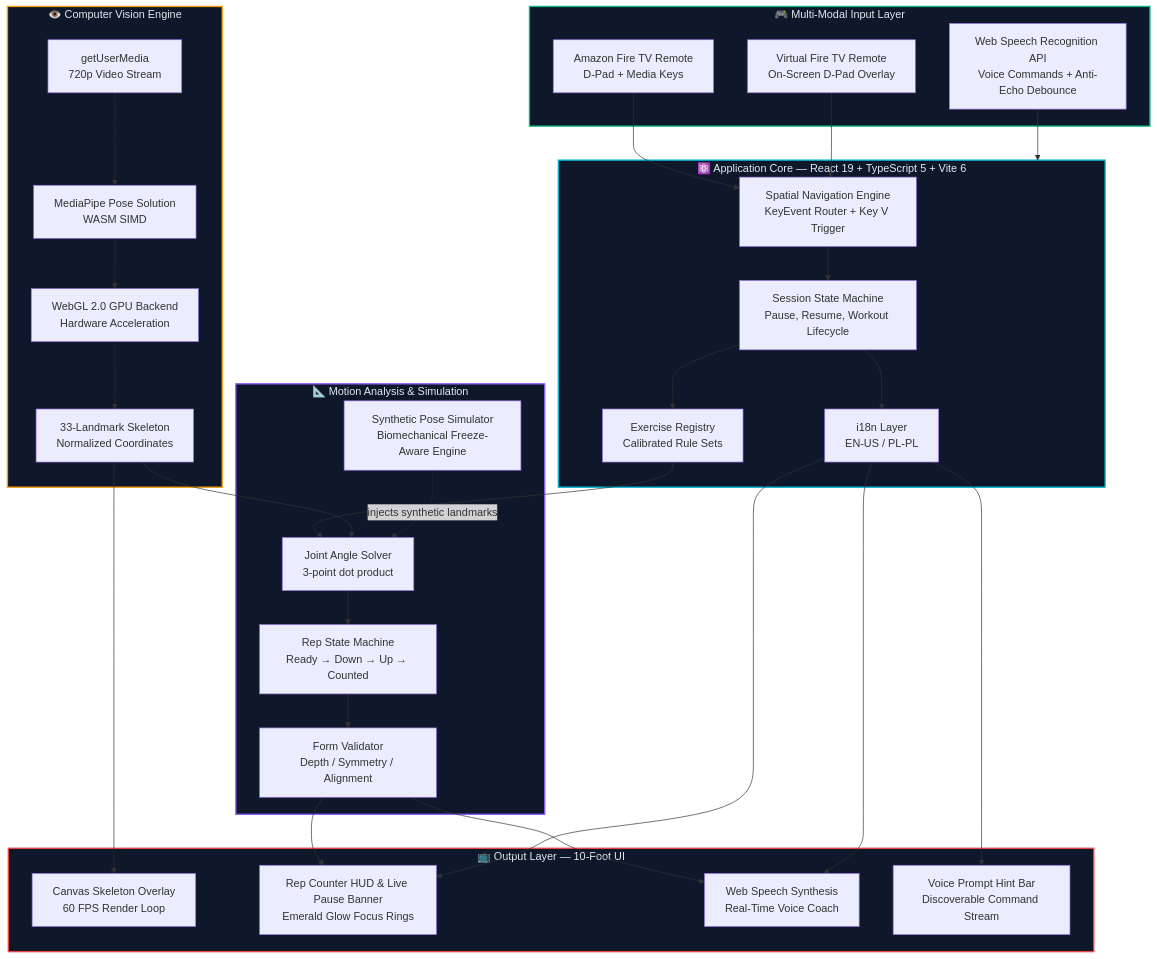
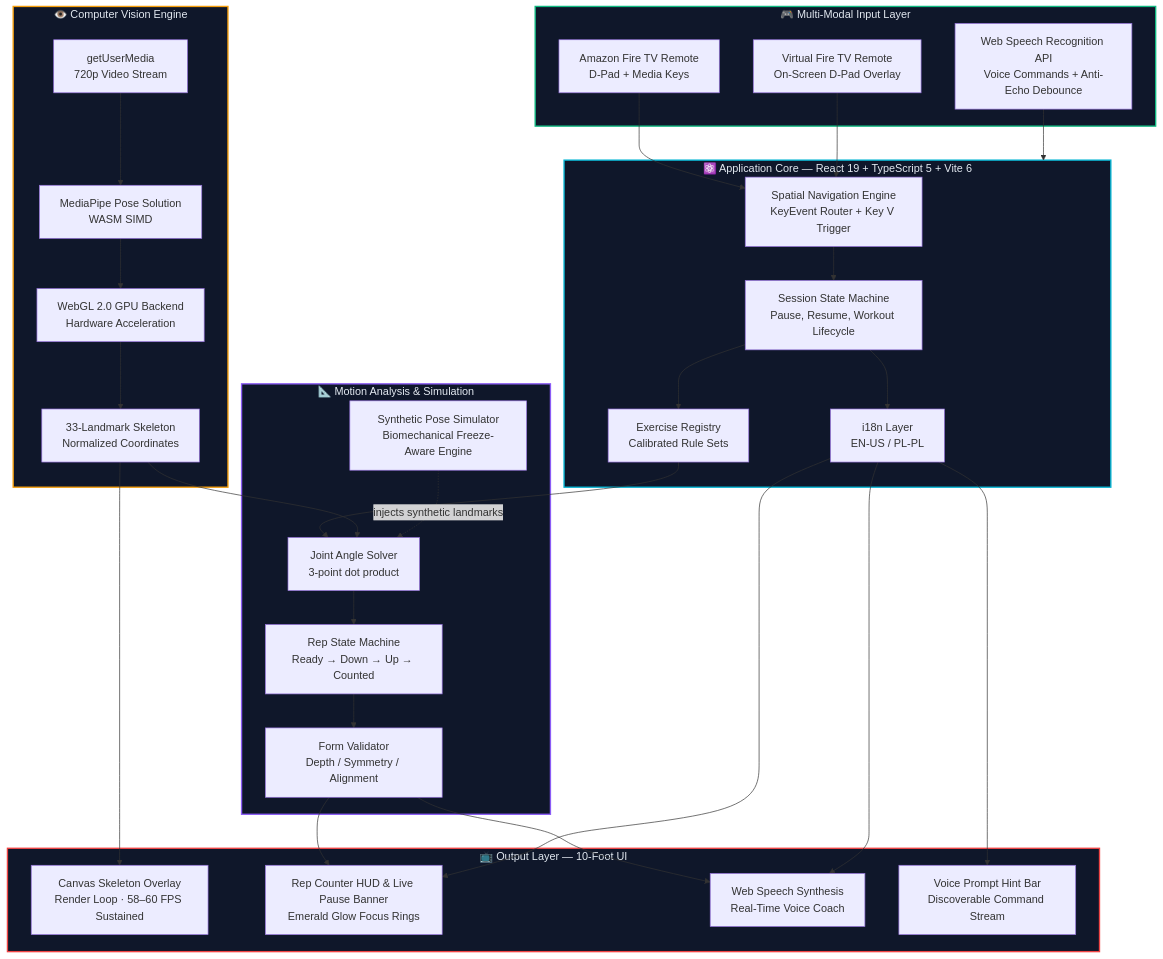
One commit to AdamBabinicz/pulsemotion-firetv changed the first of 4 diagrams in README.md. Above: the diagram before and after it, drawn with Mermaid. The commit also changed other lines of this file and 7 other files, not shown here.

````diff
--- a/README.md
+++ b/README.md
@@ -172,59 +176,59 @@
 ```mermaid
 flowchart TD
     subgraph INPUT["🎮 Multi-Modal Input Layer"]
         A1["Amazon Fire TV Remote<br/>D-Pad + Media Keys"]
         A2["Web Speech Recognition API<br/>Voice Commands + Anti-Echo Debounce"]
         A3["Virtual Fire TV Remote<br/>On-Screen D-Pad Overlay"]
     end
 
     subgraph CORE["⚛️ Application Core — React 19 + TypeScript 5 + Vite 6"]
         B1["Spatial Navigation Engine<br/>KeyEvent Router + Key V Trigger"]
         B2["Session State Machine<br/>Pause, Resume, Workout Lifecycle"]
         B3["i18n Layer<br/>EN-US / PL-PL"]
         B4["Exercise Registry<br/>Calibrated Rule Sets"]
     end
 
     subgraph VISION["👁️ Computer Vision Engine"]
         C1["getUserMedia<br/>720p Video Stream"]
         C2["MediaPipe Pose Solution<br/>WASM SIMD"]
         C3["WebGL 2.0 GPU Backend<br/>Hardware Acceleration"]
         C4["33-Landmark Skeleton<br/>Normalized Coordinates"]
     end
 
     subgraph RULES["📐 Motion Analysis & Simulation"]
         D1["Joint Angle Solver<br/>3-point dot product"]
         D2["Rep State Machine<br/>Ready → Down → Up → Counted"]
         D3["Form Validator<br/>Depth / Symmetry / Alignment"]
         D4["Synthetic Pose Simulator<br/>Biomechanical Freeze-Aware Engine"]
     end
 
     subgraph OUTPUT["📺 Output Layer — 10-Foot UI"]
-        E1["Canvas Skeleton Overlay<br/>60 FPS Render Loop"]
+        E1["Canvas Skeleton Overlay<br/>Render Loop · 58–60 FPS Sustained"]
         E2["Rep Counter HUD & Live Pause Banner<br/>Emerald Glow Focus Rings"]
         E3["Web Speech Synthesis<br/>Real-Time Voice Coach"]
         E4["Voice Prompt Hint Bar<br/>Discoverable Command Stream"]
     end
 
     A1 --> B1
     A3 --> B1
     A2 --> CORE
     B1 --> B2
     B2 --> B4
     B2 --> B3
     B4 --> D1
     C1 --> C2 --> C3 --> C4 --> D1
     D4 -.->|injects synthetic landmarks| D1
     D1 --> D2 --> D3
     D3 --> E2
     D3 --> E3
     C4 --> E1
     B3 --> E2
     B3 --> E3
     B3 --> E4
 
     style INPUT fill:#0f172a,stroke:#10b981,stroke-width:2px,color:#e2e8f0
     style CORE fill:#0f172a,stroke:#06b6d4,stroke-width:2px,color:#e2e8f0
     style VISION fill:#0f172a,stroke:#f59e0b,stroke-width:2px,color:#e2e8f0
     style RULES fill:#0f172a,stroke:#8b5cf6,stroke-width:2px,color:#e2e8f0
     style OUTPUT fill:#0f172a,stroke:#ef4444,stroke-width:2px,color:#e2e8f0
 ```
````
